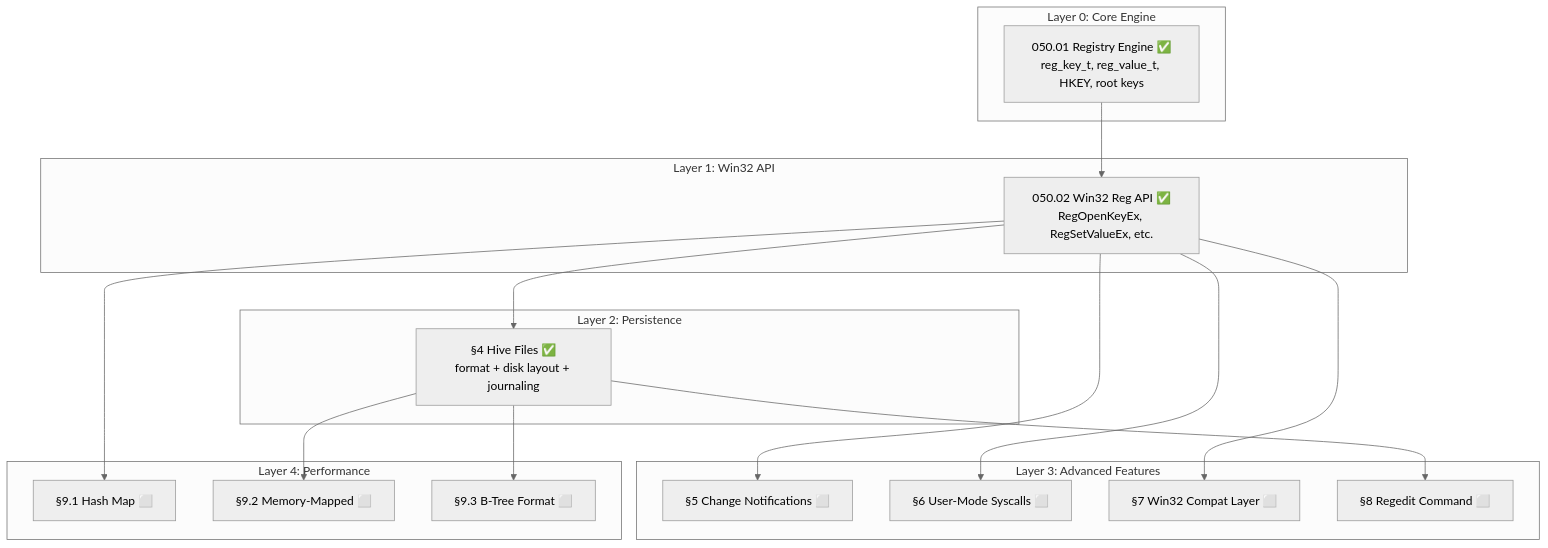
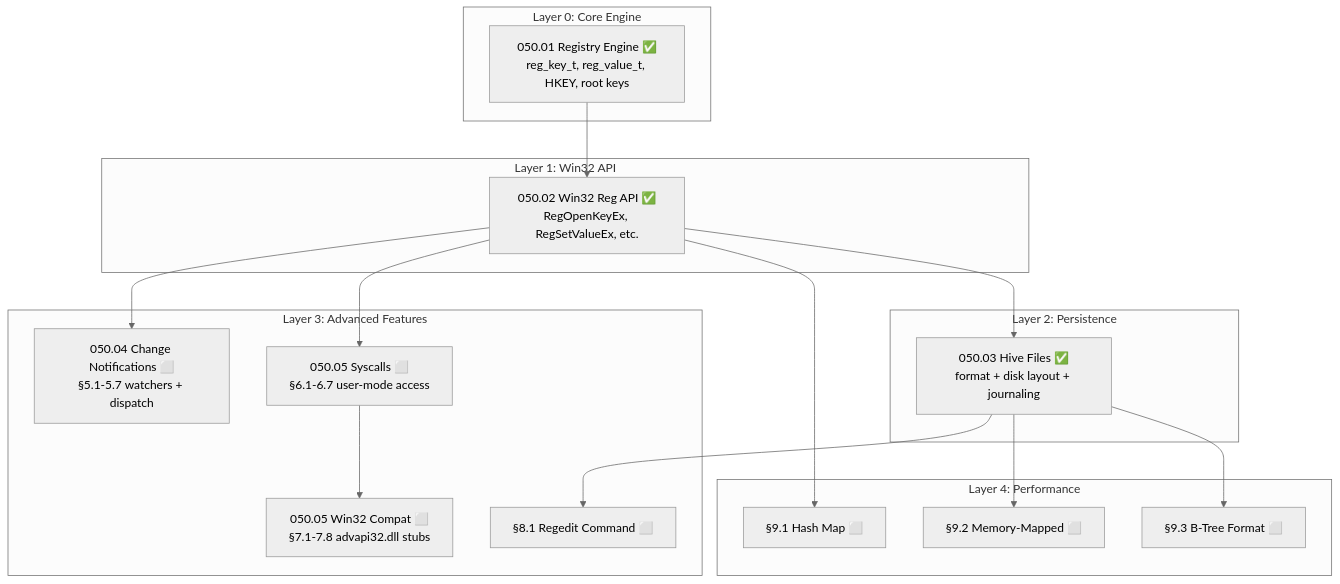
The diagram in todo/010-Kernel-Foundations/TODO-050-Registry.md (rizonesoft/impossible-os), drawn with Mermaid (neutral theme) before and after one commit. The commit also changed other lines of this file and 1 other file, not shown here.

````diff
--- a/todo/010-Kernel-Foundations/TODO-050-Registry.md
+++ b/todo/010-Kernel-Foundations/TODO-050-Registry.md
@@ -32,37 +32,37 @@
 ```mermaid
 graph TD
     subgraph "Layer 0: Core Engine"
         ENGINE["050.01 Registry Engine ✅<br/>reg_key_t, reg_value_t, HKEY, root keys"]
     end
 
     subgraph "Layer 1: Win32 API"
         API["050.02 Win32 Reg API ✅<br/>RegOpenKeyEx, RegSetValueEx, etc."]
     end
 
     subgraph "Layer 2: Persistence"
-        HIVE["§4 Hive Files ✅<br/>format + disk layout + journaling"]
+        HIVE["050.03 Hive Files ✅<br/>format + disk layout + journaling"]
     end
 
     subgraph "Layer 3: Advanced Features"
-        NOTIFY["§5 Change Notifications ⬜"]
-        SYSCALL["§6 User-Mode Syscalls ⬜"]
-        WIN32["§7 Win32 Compat Layer ⬜"]
-        REGEDIT["§8 Regedit Command ⬜"]
+        NOTIFY["050.04 Change Notifications ⬜<br/>§5.1-5.7 watchers + dispatch"]
+        SYSCALL["050.05 Syscalls ⬜<br/>§6.1-6.7 user-mode access"]
+        WIN32["050.05 Win32 Compat ⬜<br/>§7.1-7.8 advapi32.dll stubs"]
+        REGEDIT["§8.1 Regedit Command ⬜"]
     end
 
     subgraph "Layer 4: Performance"
         HASHMAP["§9.1 Hash Map ⬜"]
         MMAP["§9.2 Memory-Mapped ⬜"]
         BTREE["§9.3 B-Tree Format ⬜"]
     end
 
     ENGINE --> API
     API --> HIVE
     API --> NOTIFY
     API --> SYSCALL
-    API --> WIN32
+    SYSCALL --> WIN32
     HIVE --> REGEDIT
     API --> HASHMAP
     HIVE --> MMAP
     HIVE --> BTREE
 ```
````
